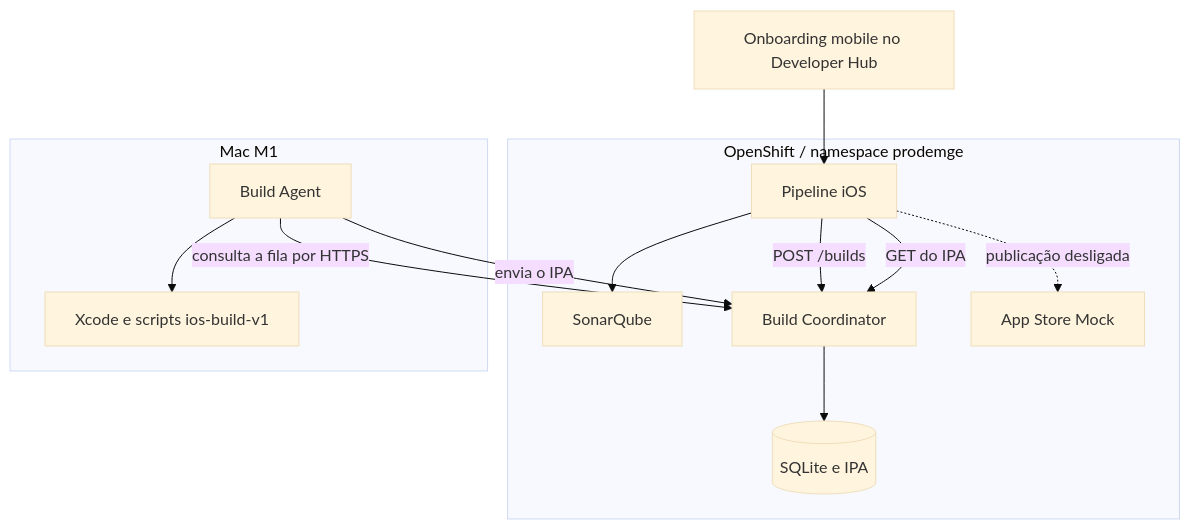
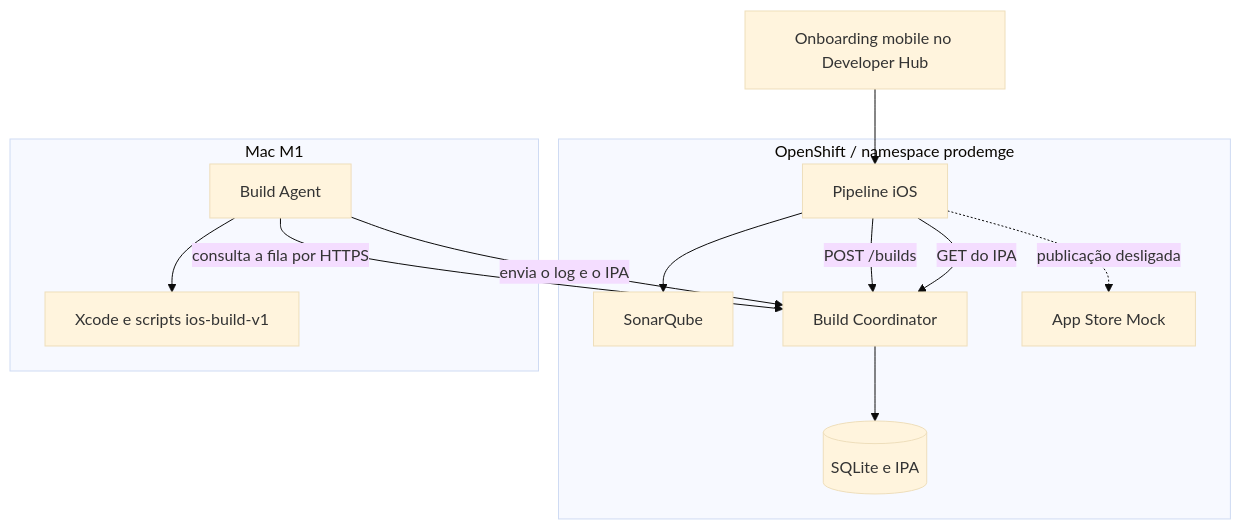
Before and after one commit to raphaelmorsch/lab-devhub-prodemge: the diagram in macos-build-coordinator/README.md, drawn with Mermaid (base theme). The commit also changed other lines of this file and 14 other files, not shown here.

````diff
--- a/macos-build-coordinator/README.md
+++ b/macos-build-coordinator/README.md
@@ -5,24 +5,24 @@
 ```mermaid
 flowchart TB
   card[Onboarding mobile no Developer Hub]
   subgraph openshift [OpenShift / namespace prodemge]
     pipeline[Pipeline iOS]
     sonar[SonarQube]
     coordinator[Build Coordinator]
     store[(SQLite e IPA)]
     mock[App Store Mock]
   end
   subgraph mac [Mac M1]
     agent[Build Agent]
     xcode[Xcode e scripts ios-build-v1]
   end
   card --> pipeline
   pipeline --> sonar
   pipeline -->|POST /builds| coordinator
   coordinator --> store
   agent -->|consulta a fila por HTTPS| coordinator
   agent --> xcode
-  agent -->|envia o IPA| coordinator
+  agent -->|envia o log e o IPA| coordinator
   pipeline -->|GET do IPA| coordinator
   pipeline -.->|publicação desligada| mock
 ```
````
